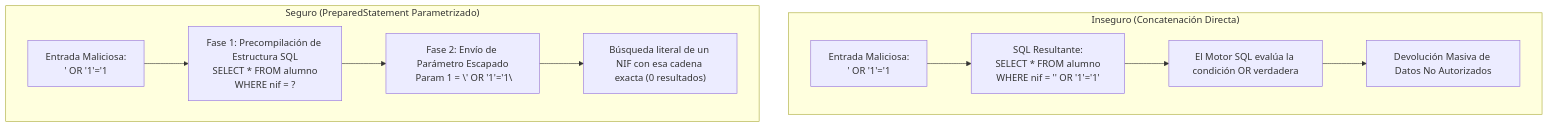
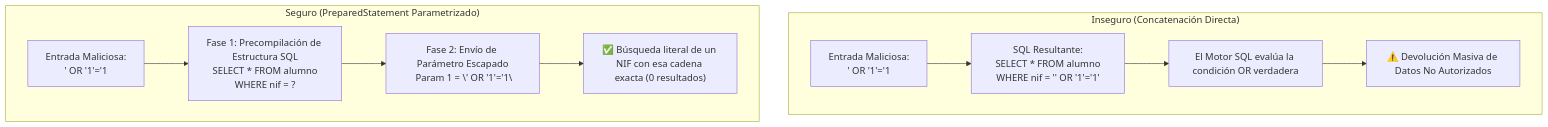
The eighth of 14 diagrams in RA2/ra2-manejor-conectores.md (fencgut961/AAD_26_27), drawn with Mermaid before and after one commit. The commit also changed other lines of this file, not shown here.

````diff
--- a/RA2/ra2-manejor-conectores.md
+++ b/RA2/ra2-manejor-conectores.md
@@ -510,14 +507,14 @@
 ```mermaid
 graph TD
- subgraph Vulnerable["Inseguro (Concatenación Directa)"]
- V1["Entrada Maliciosa:\n ' OR '1'='1 "] --> V2["SQL Resultante:\n SELECT * FROM alumno WHERE nif = '' OR '1'='1'"]
- V2 --> V3["El Motor SQL evalúa la condición OR verdadera"]
- V3 --> V4[" Devolución Masiva de Datos No Autorizados"]
- end
+    subgraph Vulnerable["Inseguro (Concatenación Directa)"]
+        V1["Entrada Maliciosa:\n ' OR '1'='1 "] --> V2["SQL Resultante:\n SELECT * FROM alumno WHERE nif = '' OR '1'='1'"]
+        V2 --> V3["El Motor SQL evalúa la condición OR verdadera"]
+        V3 --> V4["⚠️ Devolución Masiva de Datos No Autorizados"]
+    end
 
- subgraph Seguro["Seguro (PreparedStatement Parametrizado)"]
- S1["Entrada Maliciosa:\n ' OR '1'='1 "] --> S2["Fase 1: Precompilación de Estructura SQL\n SELECT * FROM alumno WHERE nif = ?"]
- S2 --> S3["Fase 2: Envío de Parámetro Escapado\n Param 1 = \"' OR '1'='1\""]
- S3 --> S4[" Búsqueda literal de un NIF con esa cadena exacta (0 resultados)"]
- end
+    subgraph Seguro["Seguro (PreparedStatement Parametrizado)"]
+        S1["Entrada Maliciosa:\n ' OR '1'='1 "] --> S2["Fase 1: Precompilación de Estructura SQL\n SELECT * FROM alumno WHERE nif = ?"]
+        S2 --> S3["Fase 2: Envío de Parámetro Escapado\n Param 1 = \"' OR '1'='1\""]
+        S3 --> S4["✅ Búsqueda literal de un NIF con esa cadena exacta (0 resultados)"]
+    end
 ```
````
